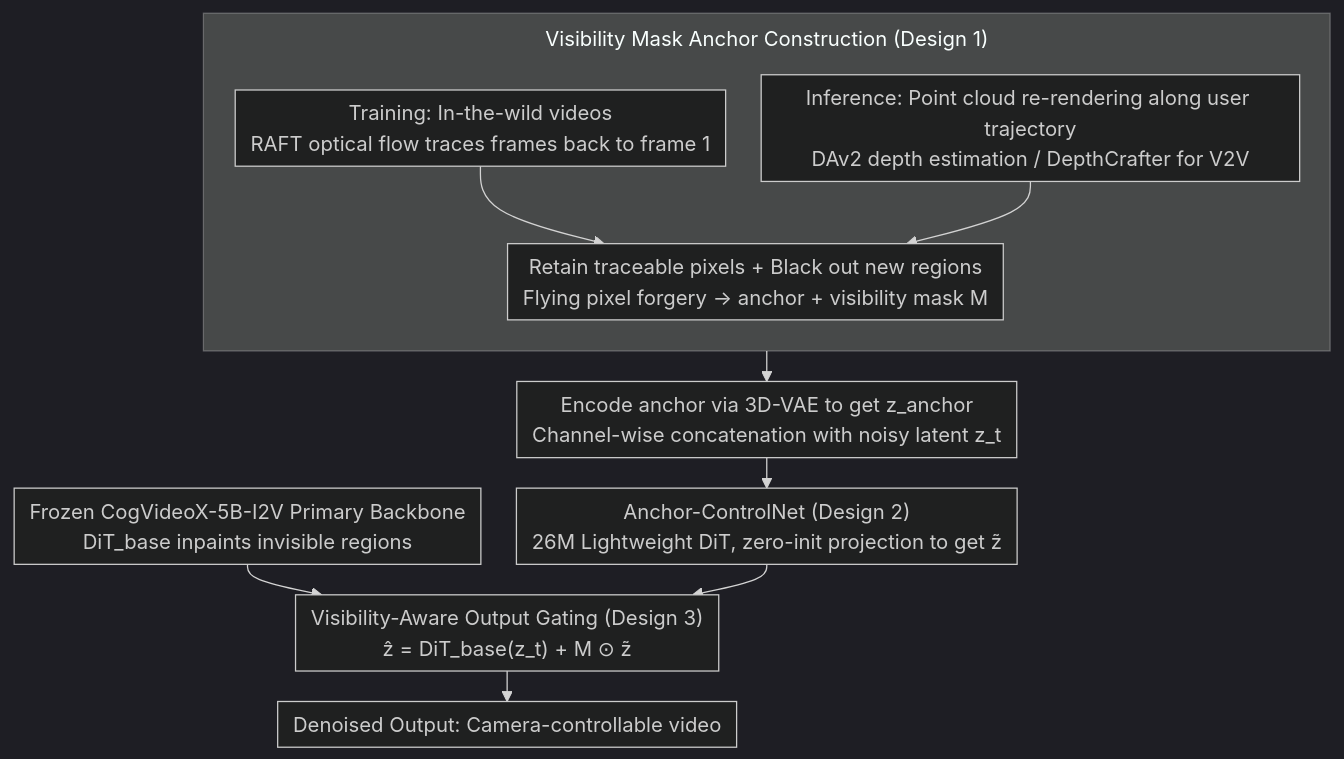
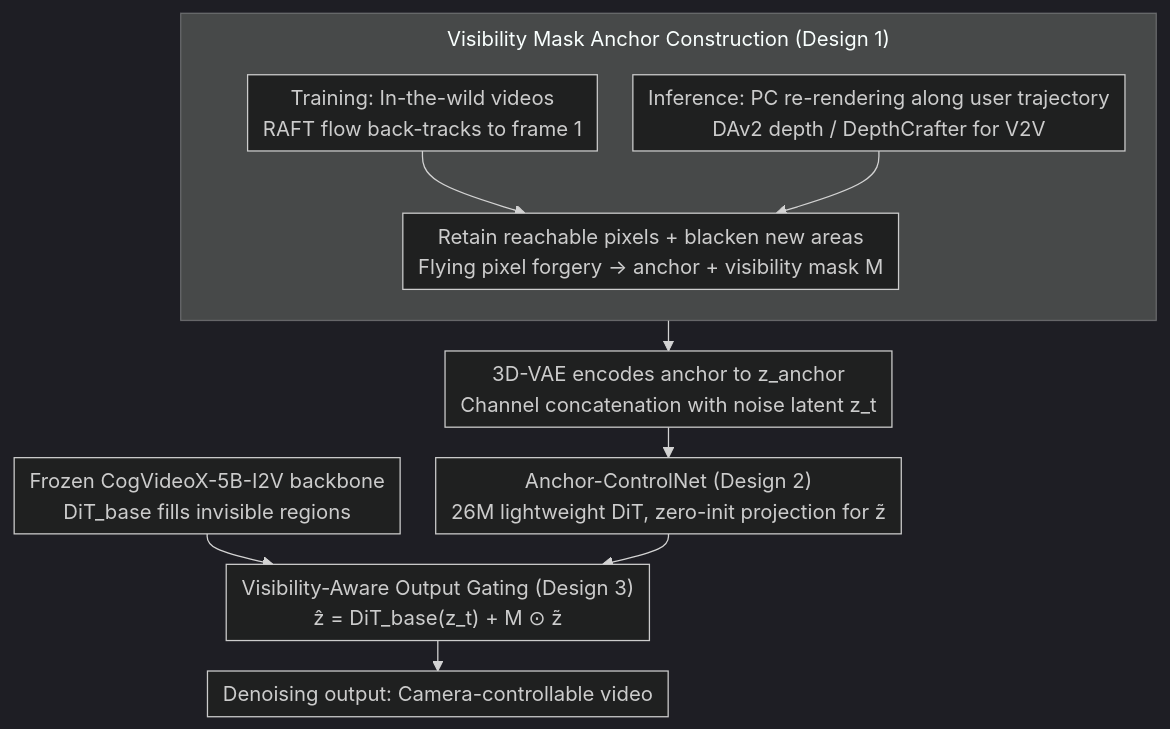
The diagram in docs/ICML2026/video_generation/epic_efficient_video_camera_control_learning_with_precise_anchor-video_guidance.md (zhaoyang97/Paper-Notes-en), drawn with Mermaid (dark theme) before and after one commit. The commit also changed other lines of this file and 5084 other files, not shown here.

````diff
--- a/docs/ICML2026/video_generation/epic_efficient_video_camera_control_learning_with_precise_anchor-video_guidance.md
+++ b/docs/ICML2026/video_generation/epic_efficient_video_camera_control_learning_with_precise_anchor-video_guidance.md
@@ -43,14 +43,14 @@
 ```mermaid
 %%{init: {'flowchart': {'rankSpacing': 24, 'nodeSpacing': 28, 'padding': 6, 'wrappingWidth': 400, 'subGraphTitleMargin': {'top': 8, 'bottom': 16}}}}%%
 flowchart TD
     subgraph ANCHOR["Visibility Mask Anchor Construction (Design 1)"]
         direction TB
-        T1["Training: In-the-wild videos<br/>RAFT optical flow traces frames back to frame 1"] --> T2["Retain traceable pixels + Black out new regions<br/>Flying pixel forgery → anchor + visibility mask M"]
-        I1["Inference: Point cloud re-rendering along user trajectory<br/>DAv2 depth estimation / DepthCrafter for V2V"] --> T2
+        T1["Training: In-the-wild videos<br/>RAFT flow back-tracks to frame 1"] --> T2["Retain reachable pixels + blacken new areas<br/>Flying pixel forgery → anchor + visibility mask M"]
+        I1["Inference: PC re-rendering along user trajectory<br/>DAv2 depth / DepthCrafter for V2V"] --> T2
     end
-    T2 --> V["Encode anchor via 3D-VAE to get z_anchor<br/>Channel-wise concatenation with noisy latent z_t"]
-    V --> C["Anchor-ControlNet (Design 2)<br/>26M Lightweight DiT, zero-init projection to get z̃"]
-    B["Frozen CogVideoX-5B-I2V Primary Backbone<br/>DiT_base inpaints invisible regions"] --> G
+    T2 --> V["3D-VAE encodes anchor to z_anchor<br/>Channel concatenation with noise latent z_t"]
+    V --> C["Anchor-ControlNet (Design 2)<br/>26M lightweight DiT, zero-init projection for z̃"]
+    B["Frozen CogVideoX-5B-I2V backbone<br/>DiT_base fills invisible regions"] --> G
     C --> G["Visibility-Aware Output Gating (Design 3)<br/>ẑ = DiT_base(z_t) + M ⊙ z̃"]
-    G --> O["Denoised Output: Camera-controllable video"]
+    G --> O["Denoising output: Camera-controllable video"]
 ```
````
